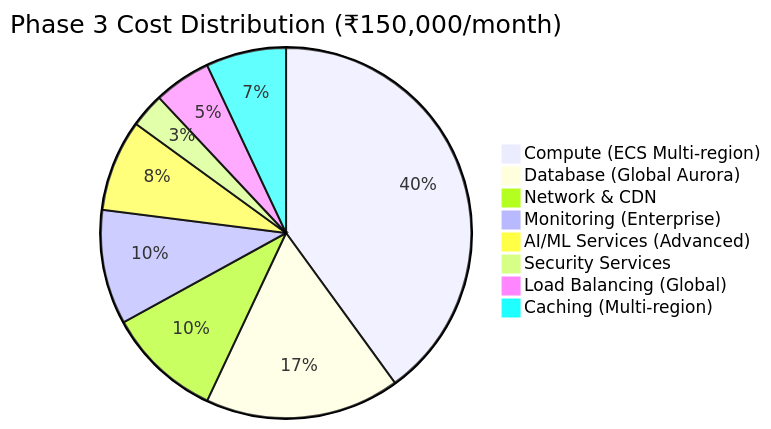
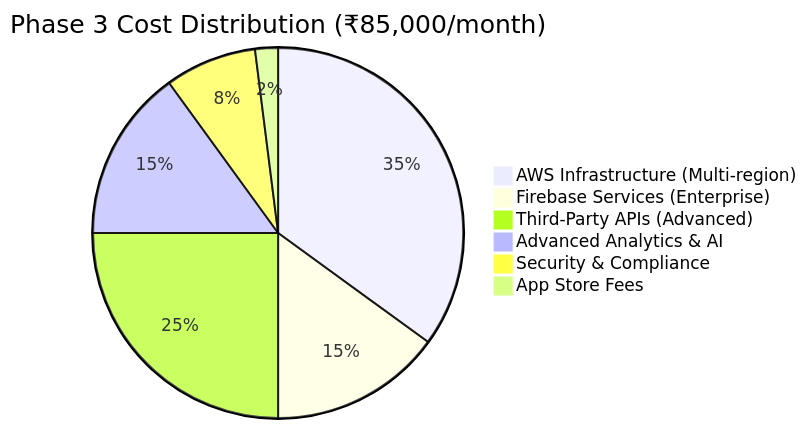
Before and after one commit to manizvlabs/agentmitra: diagram 16 of 16 in discovery/deployment/deployment-design.md, drawn with Mermaid. The commit also changed other lines of this file, not shown here.

First line of the commit message:
refactor: unify backend architecture - remove Node.js backend, keep React frontend

````diff
--- a/discovery/deployment/deployment-design.md
+++ b/discovery/deployment/deployment-design.md
@@ -2065,11 +2837,9 @@
 ```mermaid
-pie title Phase 3 Cost Distribution (₹150,000/month)
-    "Compute (ECS Multi-region)" : 40
-    "Database (Global Aurora)" : 17
-    "Network & CDN" : 10
-    "Monitoring (Enterprise)" : 10
-    "AI/ML Services (Advanced)" : 8
-    "Security Services" : 3
-    "Load Balancing (Global)" : 5
-    "Caching (Multi-region)" : 7
+pie title Phase 3 Cost Distribution (₹85,000/month)
+    "AWS Infrastructure (Multi-region)" : 35
+    "Firebase Services (Enterprise)" : 15
+    "Third-Party APIs (Advanced)" : 25
+    "Advanced Analytics & AI" : 15
+    "Security & Compliance" : 8
+    "App Store Fees" : 2
 ```
````
